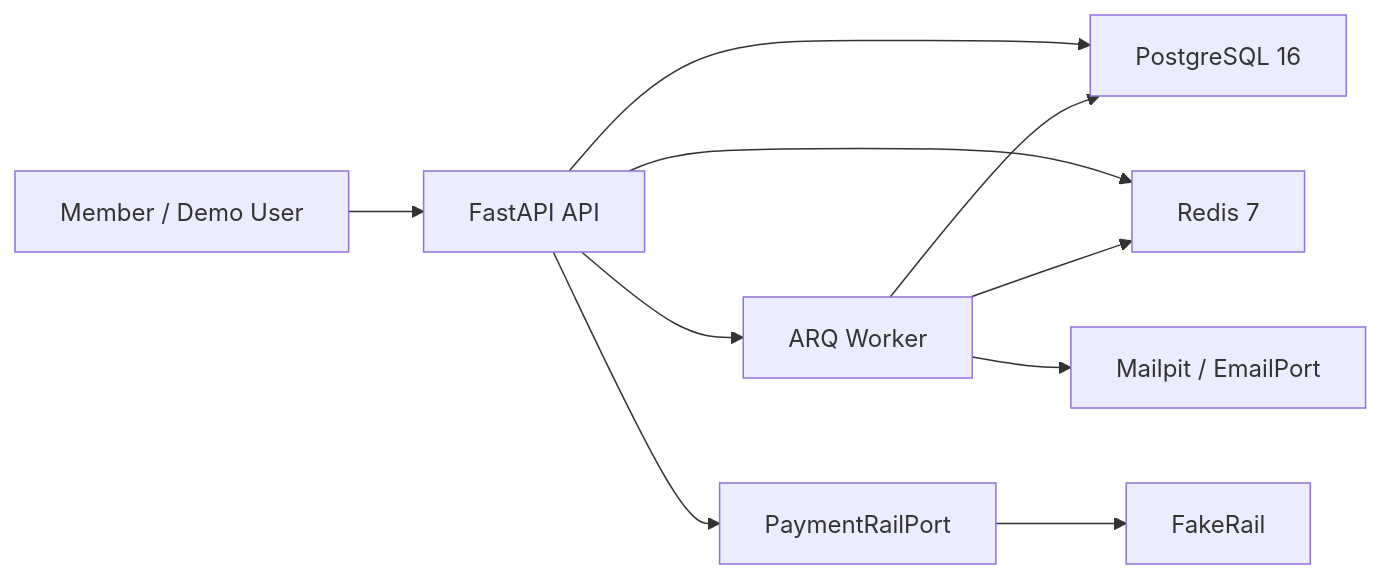
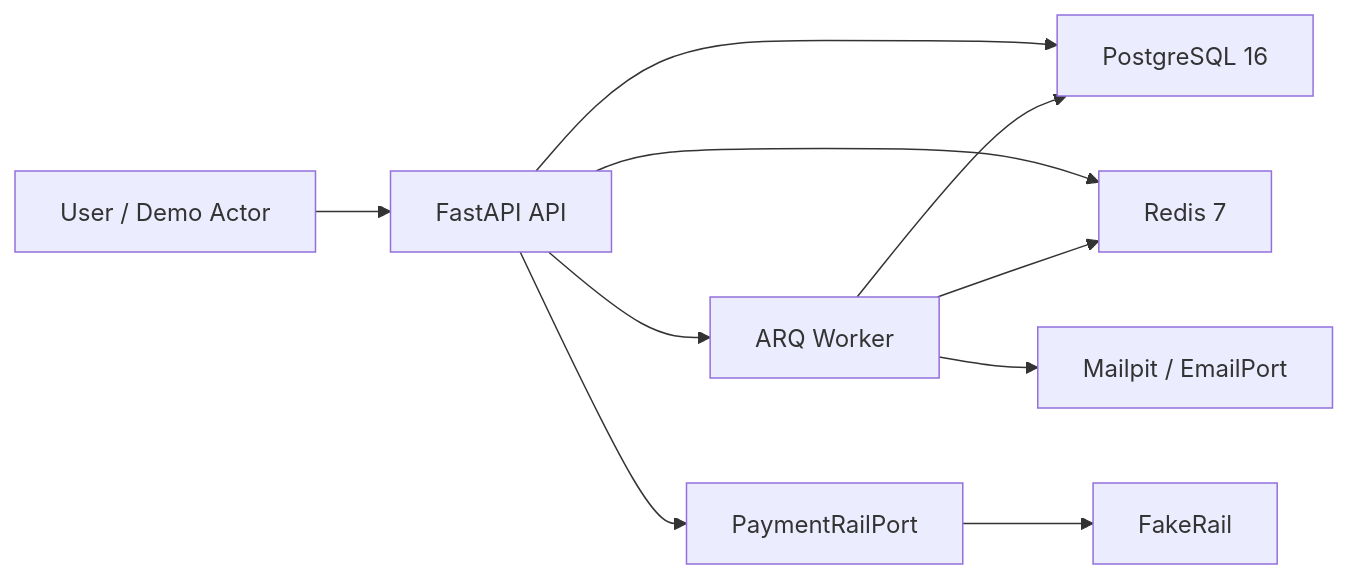
One commit to isaacoduh/ajo-backend changed the first of 2 diagrams in docs/architecture.md. Above: the diagram before and after it, drawn with Mermaid. The commit also changed other lines of this file and 16 other files, not shown here.

````diff
--- a/docs/architecture.md
+++ b/docs/architecture.md
@@ -8,12 +8,12 @@
 ```mermaid
 flowchart LR
-  Member["Member / Demo User"] --> API["FastAPI API"]
+  User["User / Demo Actor"] --> API["FastAPI API"]
   API --> DB["PostgreSQL 16"]
   API --> Redis["Redis 7"]
   API --> Worker["ARQ Worker"]
   Worker --> DB
   Worker --> Redis
   Worker --> Mailpit["Mailpit / EmailPort"]
   API --> Rail["PaymentRailPort"]
   Rail --> Fake["FakeRail"]
 ```
````
